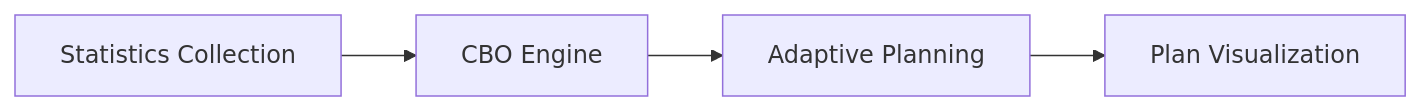
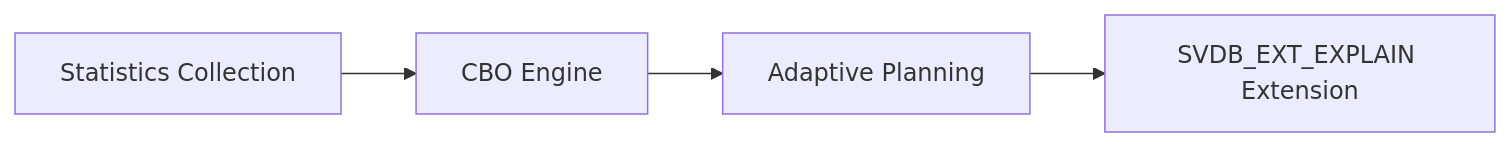
Before and after one commit to cyw0ng95/sqlvibe: the diagram in docs/plan-v0.10.9.md, drawn with Mermaid. The commit also changed other lines of this file, not shown here.

Commit message:
docs: Update implementation plan for v0.10.9 - clarify features and add SVDB_EXT_EXPLAIN extension

````diff
--- a/docs/plan-v0.10.9.md
+++ b/docs/plan-v0.10.9.md
@@ -41,6 +41,6 @@
 ```mermaid
 graph LR
     A[Statistics Collection] --> B[CBO Engine]
     B --> C[Adaptive Planning]
-    C --> D[Plan Visualization]
+    C --> D[SVDB_EXT_EXPLAIN Extension]
 ```
````
